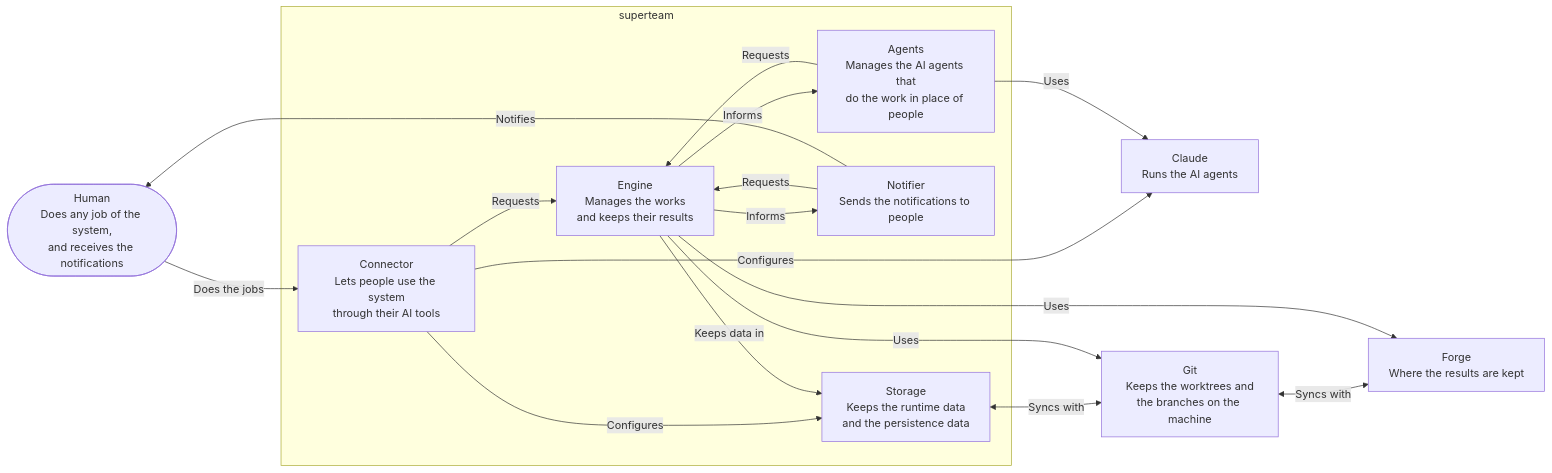
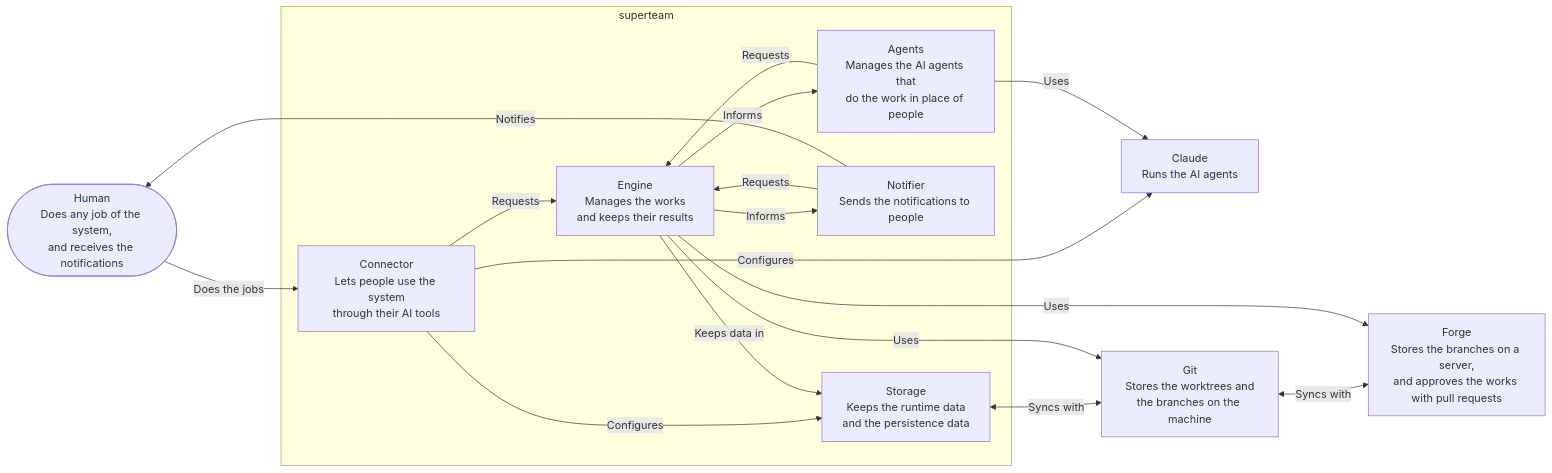
The second of 2 diagrams in docs/architecture.md (longlh/superteam), drawn with Mermaid before and after one commit. The commit also changed other lines of this file, not shown here.

Commit message:
Separate git and the forge in the context and container levels
Git stores the results on the machine. The forge stores them on a server,
and approves them with pull requests.

Claude-Session: https://claude.ai/code/session_01AKt5gqM1KSE7Uq2YBs1m3X

````diff
--- a/docs/architecture.md
+++ b/docs/architecture.md
@@ -85,32 +85,32 @@
 ```mermaid
 flowchart LR
     human(["Human<br/>Does any job of the system,<br/>and receives the notifications"])
 
     subgraph superteam["superteam"]
         connect["Connector<br/>Lets people use the system<br/>through their AI tools"]
         engine["Engine<br/>Manages the works<br/>and keeps their results"]
         agents["Agents<br/>Manages the AI agents that<br/>do the work in place of people"]
         notifier["Notifier<br/>Sends the notifications to people"]
         storage["Storage<br/>Keeps the runtime data<br/>and the persistence data"]
     end
 
     claude["Claude<br/>Runs the AI agents"]
-    git["Git<br/>Keeps the worktrees and<br/>the branches on the machine"]
-    forge["Forge<br/>Where the results are kept"]
+    git["Git<br/>Stores the worktrees and<br/>the branches on the machine"]
+    forge["Forge<br/>Stores the branches on a server,<br/>and approves the works with pull requests"]
 
     human -->|Does the jobs| connect
     connect -->|Requests| engine
     connect -->|Configures| claude
     connect -->|Configures| storage
     agents -->|Requests| engine
     engine -->|Informs| agents
     notifier -->|Requests| engine
     engine -->|Informs| notifier
     engine -->|Keeps data in| storage
     storage <-->|Syncs with| git
     git <-->|Syncs with| forge
     notifier -->|Notifies| human
     agents -->|Uses| claude
     engine -->|Uses| forge
     engine -->|Uses| git
 ```
````
